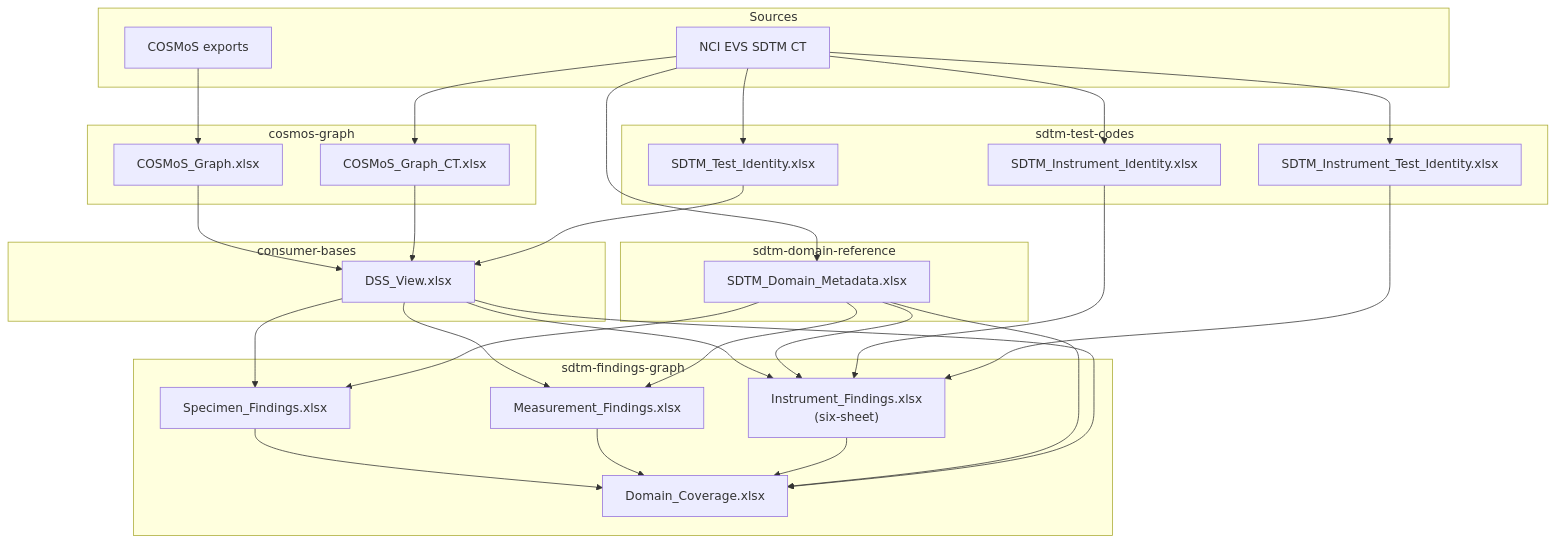
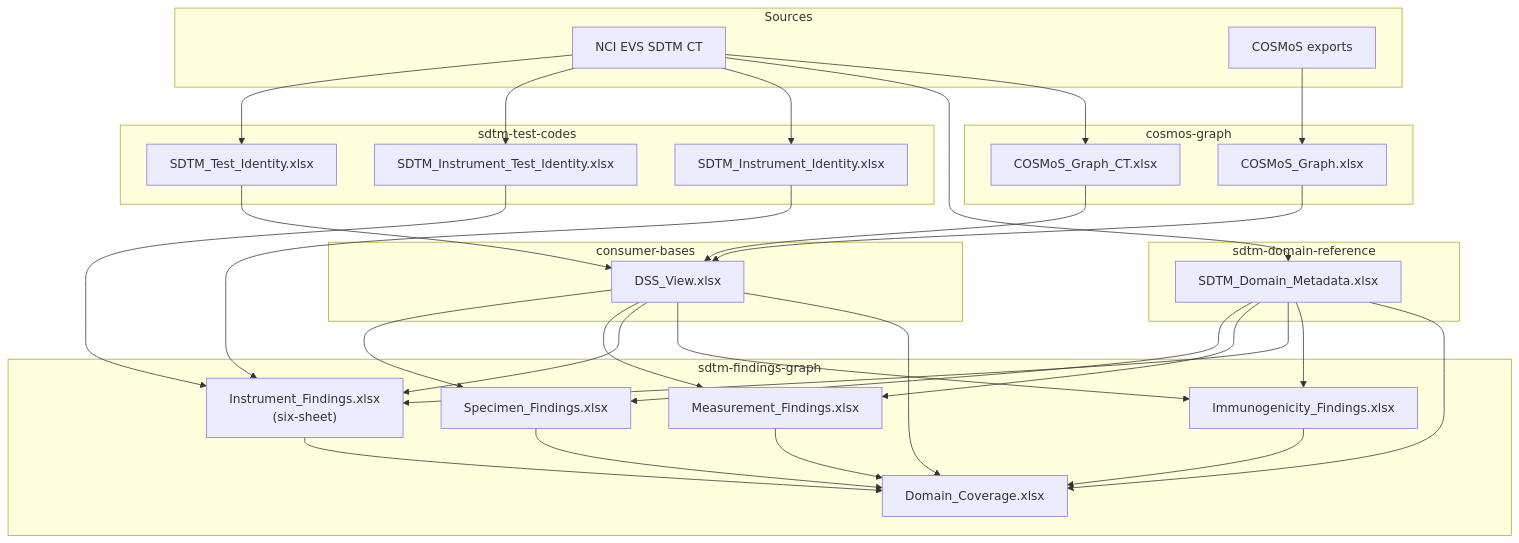
Before and after one commit to kerfors/cdisc-for-ai: the first of 2 diagrams in docs/Data_Flow.md, drawn with Mermaid. The commit also changed other lines of this file and 17 other files, not shown here.

First line of the commit message:
sdtm-findings-graph: Immunogenicity_Findings (IS); Immunogenicity flag

````diff
--- a/docs/Data_Flow.md
+++ b/docs/Data_Flow.md
@@ -9,58 +9,62 @@
 ```mermaid
 graph TD
     subgraph Sources
         EVS["NCI EVS SDTM CT"]
         COS["COSMoS exports"]
     end
 
     subgraph sdtm-test-codes
         TI["SDTM_Test_Identity.xlsx"]
         ITI["SDTM_Instrument_Test_Identity.xlsx"]
         II["SDTM_Instrument_Identity.xlsx"]
     end
 
     subgraph cosmos-graph
         CG["COSMoS_Graph.xlsx"]
         CGC["COSMoS_Graph_CT.xlsx"]
     end
 
     subgraph sdtm-domain-reference
         DM["SDTM_Domain_Metadata.xlsx"]
     end
 
     subgraph consumer-bases
         DV["DSS_View.xlsx"]
     end
 
     subgraph sdtm-findings-graph
         SF["Specimen_Findings.xlsx"]
         MF["Measurement_Findings.xlsx"]
         IF["Instrument_Findings.xlsx<br/>(six-sheet)"]
+        IMF["Immunogenicity_Findings.xlsx"]
         DC["Domain_Coverage.xlsx"]
     end
 
     EVS --> TI
     EVS --> ITI
     EVS --> II
     EVS --> DM
     EVS --> CGC
     COS --> CG
 
     CG --> DV
     CGC --> DV
     TI --> DV
 
     DV --> SF
     DV --> MF
     DV --> IF
+    DV --> IMF
     DM --> SF
     DM --> MF
     DM --> IF
+    DM --> IMF
     II --> IF
     ITI --> IF
     SF --> DC
     MF --> DC
     IF --> DC
+    IMF --> DC
     DM --> DC
     DV --> DC
 ```
````
